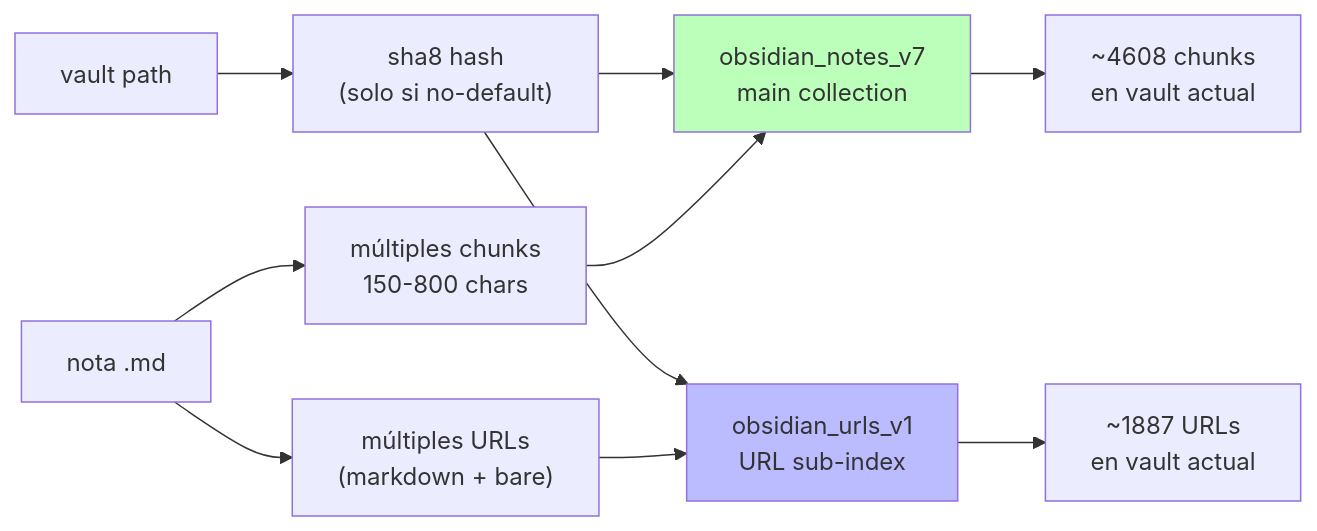
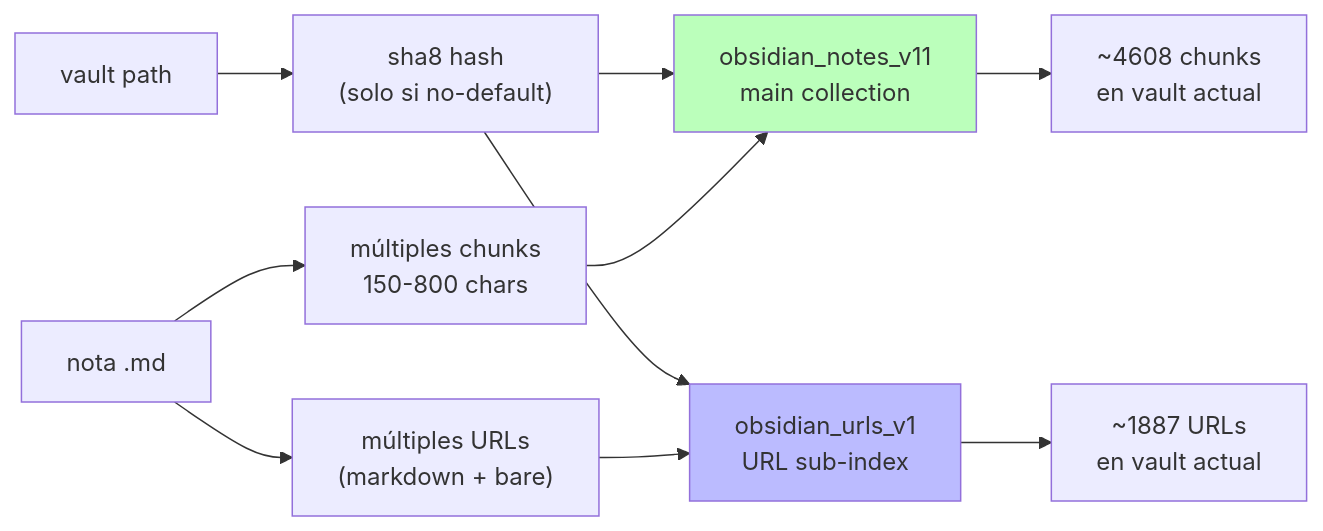
One commit to jagoff/rag-obsidian changed the ninth of 13 diagrams in docs/SYSTEM.md. Above: the diagram before and after it, drawn with Mermaid. The commit also changed other lines of this file and 53 other files, not shown here.

````diff
--- a/docs/SYSTEM.md
+++ b/docs/SYSTEM.md
@@ -450,16 +450,16 @@
 ```mermaid
 graph LR
     V[vault path] --> H["sha8 hash<br/>(solo si no-default)"]
-    H --> B1[obsidian_notes_v7<br/>main collection]
+    H --> B1[obsidian_notes_v11<br/>main collection]
     H --> B2[obsidian_urls_v1<br/>URL sub-index]
     B1 --> C1["~4608 chunks<br/>en vault actual"]
     B2 --> C2["~1887 URLs<br/>en vault actual"]
 
     Notes["nota .md"] --> MC["múltiples chunks<br/>150-800 chars"]
     MC --> B1
     Notes --> MU["múltiples URLs<br/>(markdown + bare)"]
     MU --> B2
 
     style B1 fill:#bfb
     style B2 fill:#bbf
 ```
````
